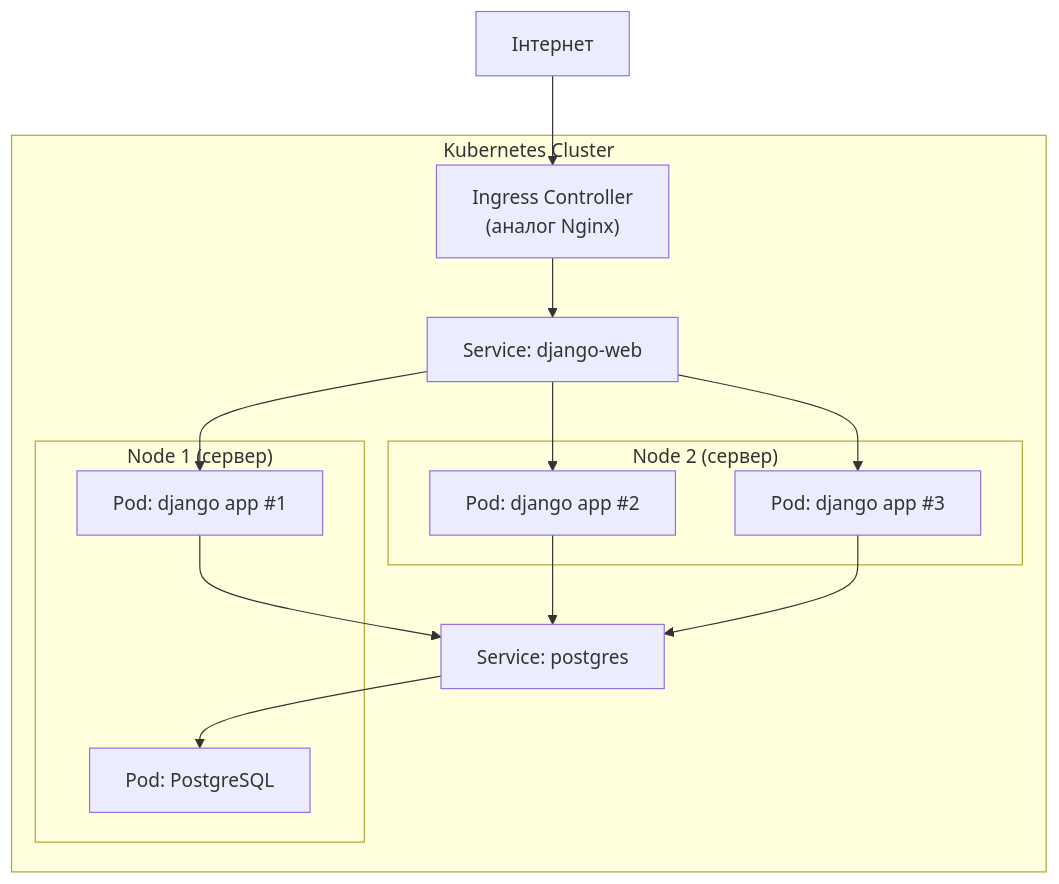
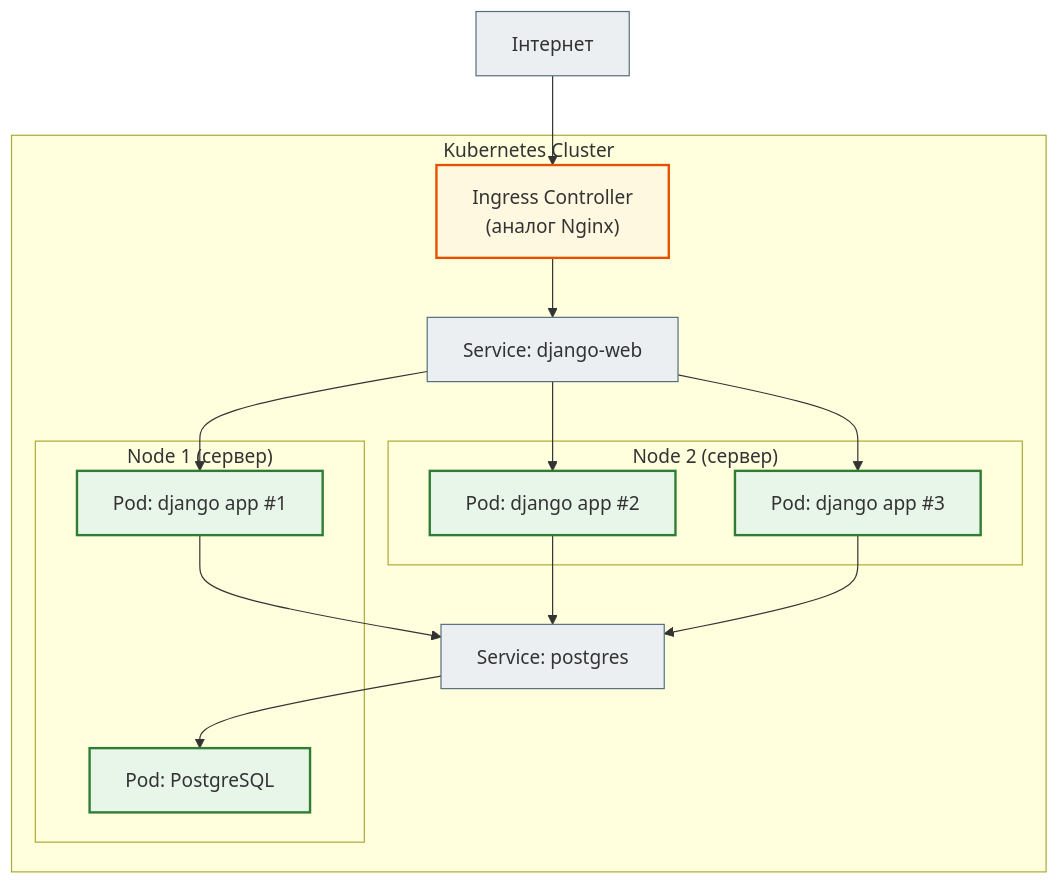
One commit to NikoriakViktot/notes_chat_app changed the first of 2 diagrams in docs/11_deployment/deploy_17_kubernetes_overview_full.md. Above: the diagram before and after it, drawn with Mermaid. The commit also changed other lines of this file and 441 other files, not shown here.

First line of the commit message:
Add English version of the book, Mermaid standard, docs fixes

````diff
--- a/docs/11_deployment/deploy_17_kubernetes_overview_full.md
+++ b/docs/11_deployment/deploy_17_kubernetes_overview_full.md
@@ -52,27 +52,35 @@
 ```mermaid
 flowchart TD
-    Internet["Інтернет"] --> Ingress["Ingress Controller\n(аналог Nginx)"]
+    Internet["Інтернет"] --> Ingress["Ingress Controller<br>(аналог Nginx)"]
 
     subgraph Cluster["Kubernetes Cluster"]
         Ingress --> Service1["Service: django-web"]
         Service1 --> Pod1["Pod: django app #1"]
         Service1 --> Pod2["Pod: django app #2"]
         Service1 --> Pod3["Pod: django app #3"]
 
         Pod1 --> ServiceDB["Service: postgres"]
         Pod2 --> ServiceDB
         Pod3 --> ServiceDB
 
         ServiceDB --> PodDB["Pod: PostgreSQL"]
 
         subgraph Node1["Node 1 (сервер)"]
             Pod1
             PodDB
         end
 
         subgraph Node2["Node 2 (сервер)"]
             Pod2
             Pod3
         end
     end
+
+    classDef step     fill:#eceff1,stroke:#546e7a,stroke-width:1px;
+    classDef success  fill:#e8f5e9,stroke:#2e7d32,stroke-width:2px;
+    classDef warning  fill:#fff8e1,stroke:#e65100,stroke-width:2px;
+
+    class Internet,Service1,ServiceDB step;
+    class Pod1,Pod2,Pod3,PodDB success;
+    class Ingress warning;
 ```
````
